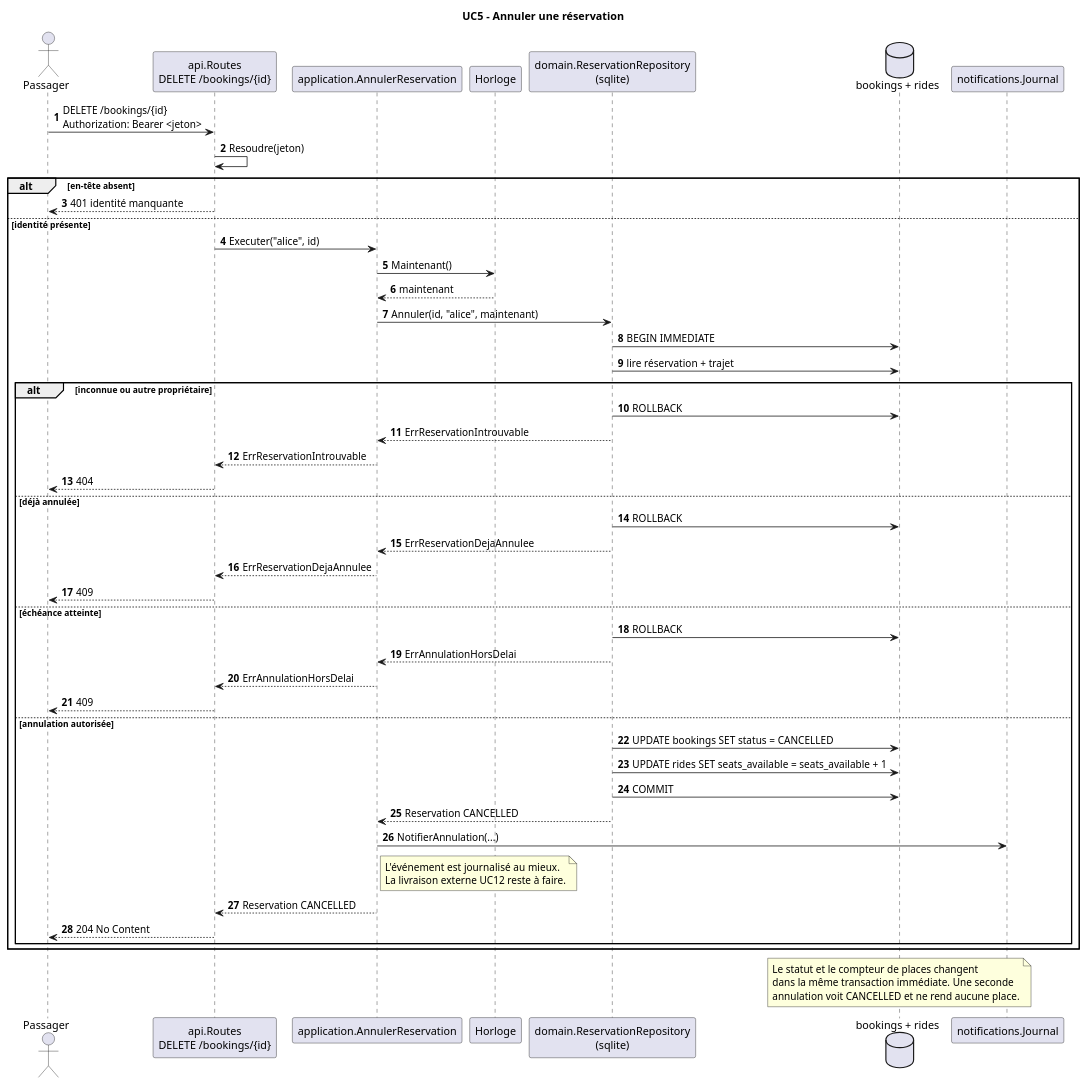
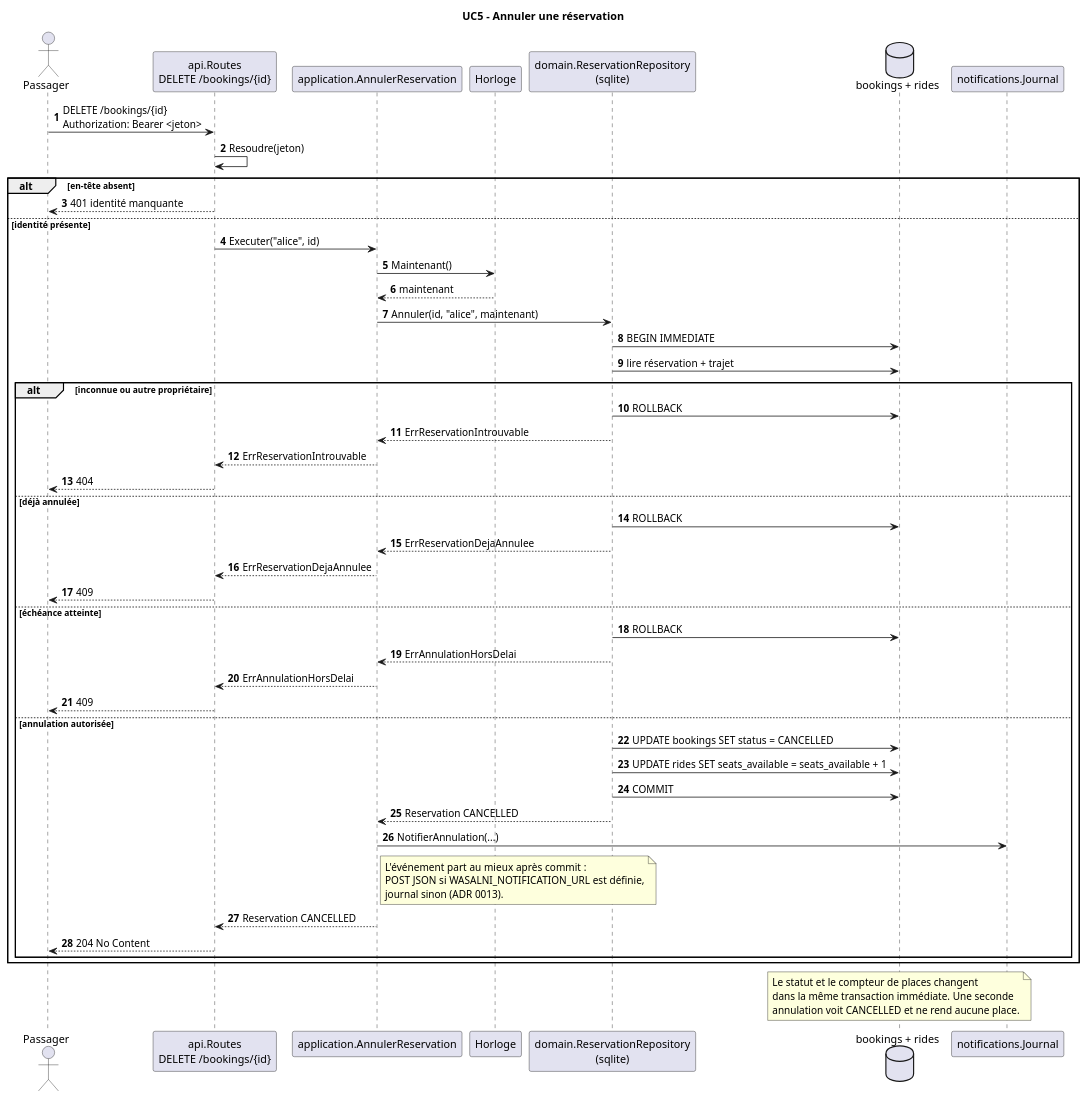
Before and after one commit to alaa-ilehi/Wasalni: the diagram in docs/uml/uc5-sequence.puml, drawn with PlantUML. The commit also changed 13 other files, not shown here.

```diff
--- a/docs/uml/uc5-sequence.puml
+++ b/docs/uml/uc5-sequence.puml
@@ -1,59 +1,60 @@
 @startuml uc5-sequence
 title UC5 - Annuler une réservation
 autonumber
 
 actor "Passager" as Passager
 participant "api.Routes\nDELETE /bookings/{id}" as API
 participant "application.AnnulerReservation" as UC
 participant "Horloge" as Horloge
 participant "domain.ReservationRepository\n(sqlite)" as Reservations
 database "bookings + rides" as DB
 participant "notifications.Journal" as Notif
 
 Passager -> API : DELETE /bookings/{id}\nAuthorization: Bearer <jeton>
 API -> API : Resoudre(jeton)
 alt en-tête absent
   API --> Passager : 401 identité manquante
 else identité présente
   API -> UC : Executer("alice", id)
   UC -> Horloge : Maintenant()
   Horloge --> UC : maintenant
   UC -> Reservations : Annuler(id, "alice", maintenant)
   Reservations -> DB : BEGIN IMMEDIATE
   Reservations -> DB : lire réservation + trajet
   alt inconnue ou autre propriétaire
     Reservations -> DB : ROLLBACK
     Reservations --> UC : ErrReservationIntrouvable
     UC --> API : ErrReservationIntrouvable
     API --> Passager : 404
   else déjà annulée
     Reservations -> DB : ROLLBACK
     Reservations --> UC : ErrReservationDejaAnnulee
     UC --> API : ErrReservationDejaAnnulee
     API --> Passager : 409
   else échéance atteinte
     Reservations -> DB : ROLLBACK
     Reservations --> UC : ErrAnnulationHorsDelai
     UC --> API : ErrAnnulationHorsDelai
     API --> Passager : 409
   else annulation autorisée
     Reservations -> DB : UPDATE bookings SET status = CANCELLED
     Reservations -> DB : UPDATE rides SET seats_available = seats_available + 1
     Reservations -> DB : COMMIT
     Reservations --> UC : Reservation CANCELLED
     UC -> Notif : NotifierAnnulation(...)
     note right of UC
-      L'événement est journalisé au mieux.
-      La livraison externe UC12 reste à faire.
+      L'événement part au mieux après commit :
+      POST JSON si WASALNI_NOTIFICATION_URL est définie,
+      journal sinon (ADR 0013).
     end note
     UC --> API : Reservation CANCELLED
     API --> Passager : 204 No Content
   end
 end
 
 note over DB
   Le statut et le compteur de places changent
   dans la même transaction immédiate. Une seconde
   annulation voit CANCELLED et ne rend aucune place.
 end note
 @enduml
```
